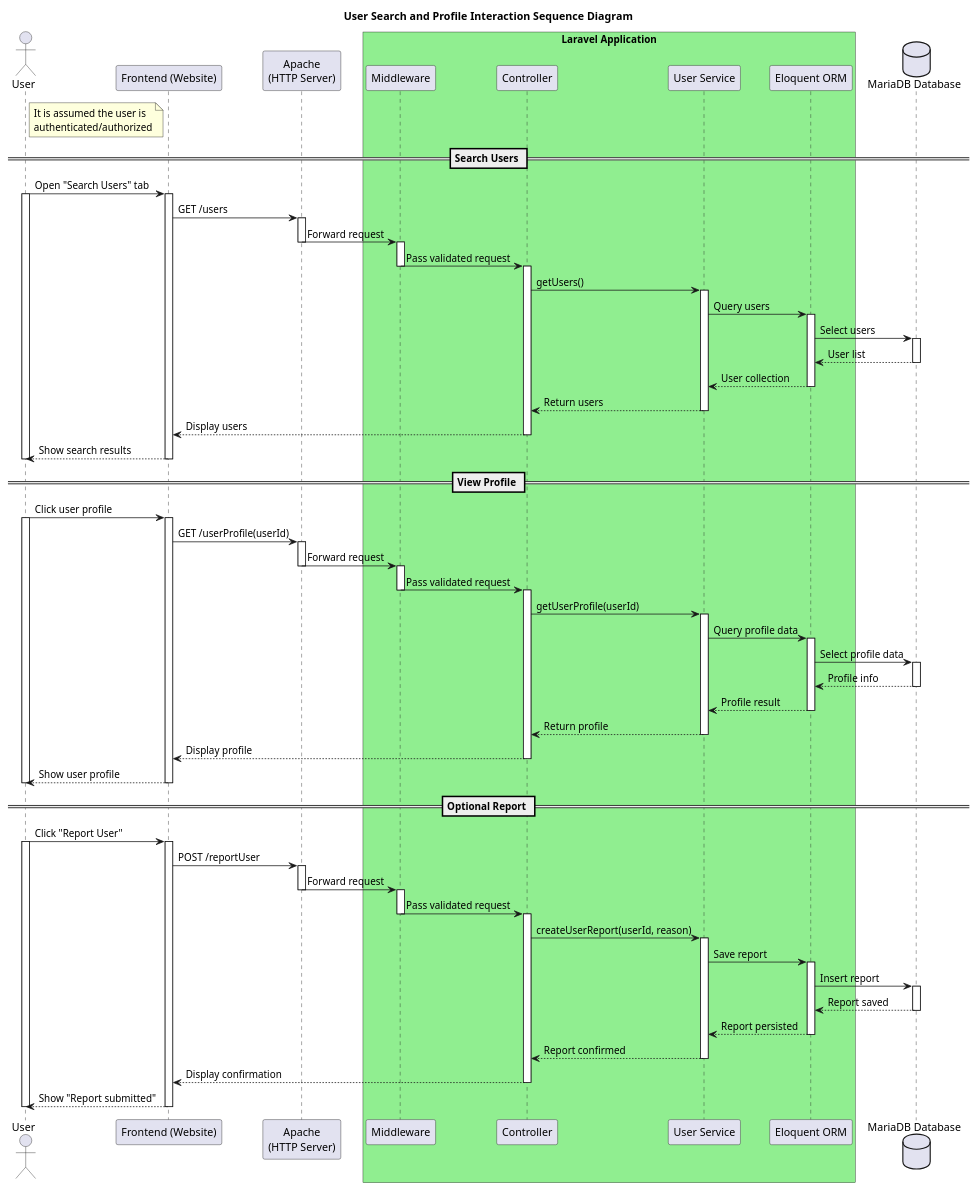
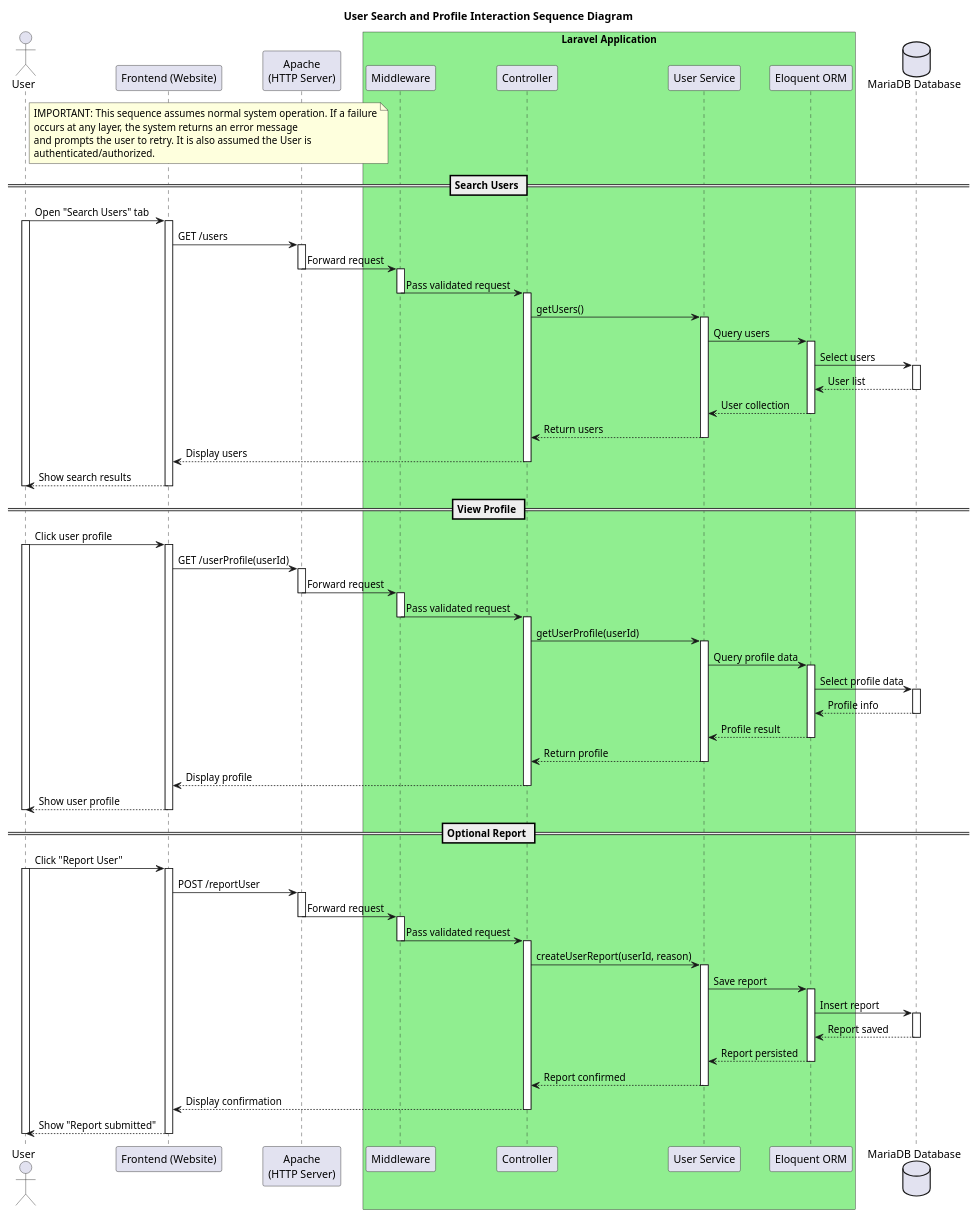
Before and after one commit to JanPerez35/PlantUML: the diagram in sequenceDiagrams/User_Search_Sequence_Diagram.puml, drawn with PlantUML. The commit also changed 19 other files, not shown here.

Commit message:
Sequence Fixed

```diff
--- a/sequenceDiagrams/User_Search_Sequence_Diagram.puml
+++ b/sequenceDiagrams/User_Search_Sequence_Diagram.puml
@@ -1,132 +1,134 @@
 @startuml
 
 title User Search and Profile Interaction Sequence Diagram
 
 actor User
 
 participant "Frontend (Website)" as FE
 participant "Apache\n(HTTP Server)" as Apache
 
 box "Laravel Application" #LightGreen
   participant "Middleware" as MW
   participant "Controller" as C
   participant "User Service" as Service
   participant "Eloquent ORM" as ORM
 end box
 
 database "MariaDB Database" as DB
 
 note right of User
-It is assumed the user is
-authenticated/authorized
+IMPORTANT: This sequence assumes normal system operation. If a failure
+occurs at any layer, the system returns an error message
+and prompts the user to retry. It is also assumed the User is
+authenticated/authorized.
 end note
 
 == Search Users ==
 User -> FE: Open "Search Users" tab
 activate User
 activate FE
 
 FE -> Apache: GET /users
 activate Apache
 Apache -> MW: Forward request
 deactivate Apache
 
 activate MW
 MW -> C: Pass validated request
 deactivate MW
 
 activate C
 C -> Service: getUsers()
 activate Service
 
 Service -> ORM: Query users
 activate ORM
 ORM -> DB: Select users
 activate DB
 DB --> ORM: User list
 deactivate DB
 ORM --> Service: User collection
 deactivate ORM
 
 Service --> C: Return users
 deactivate Service
 C --> FE: Display users
 deactivate C
 
 FE --> User: Show search results
 deactivate FE
 deactivate User
 
 == View Profile ==
 User -> FE: Click user profile
 activate User
 activate FE
 
 FE -> Apache: GET /userProfile(userId)
 activate Apache
 Apache -> MW: Forward request
 deactivate Apache
 
 activate MW
 MW -> C: Pass validated request
 deactivate MW
 
 activate C
 C -> Service: getUserProfile(userId)
 activate Service
 
 Service -> ORM: Query profile data
 activate ORM
 ORM -> DB: Select profile data
 activate DB
 DB --> ORM: Profile info
 deactivate DB
 ORM --> Service: Profile result
 deactivate ORM
 
 Service --> C: Return profile
 deactivate Service
 C --> FE: Display profile
 deactivate C
 
 FE --> User: Show user profile
 deactivate FE
 deactivate User
 
 == Optional Report ==
 User -> FE: Click "Report User"
 activate User
 activate FE
 
 FE -> Apache: POST /reportUser
 activate Apache
 Apache -> MW: Forward request
 deactivate Apache
 
 activate MW
 MW -> C: Pass validated request
 deactivate MW
 
 activate C
 C -> Service: createUserReport(userId, reason)
 activate Service
 
 Service -> ORM: Save report
 activate ORM
 ORM -> DB: Insert report
 activate DB
 DB --> ORM: Report saved
 deactivate DB
 ORM --> Service: Report persisted
 deactivate ORM
 
 Service --> C: Report confirmed
 deactivate Service
 C --> FE: Display confirmation
 deactivate C
 
 FE --> User: Show "Report submitted"
 deactivate FE
 deactivate User
 
 @enduml
```
